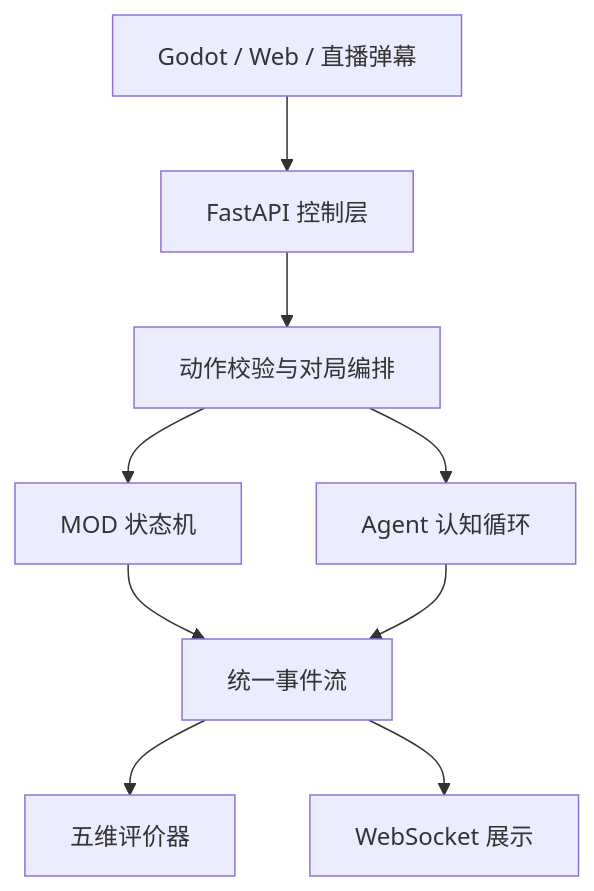
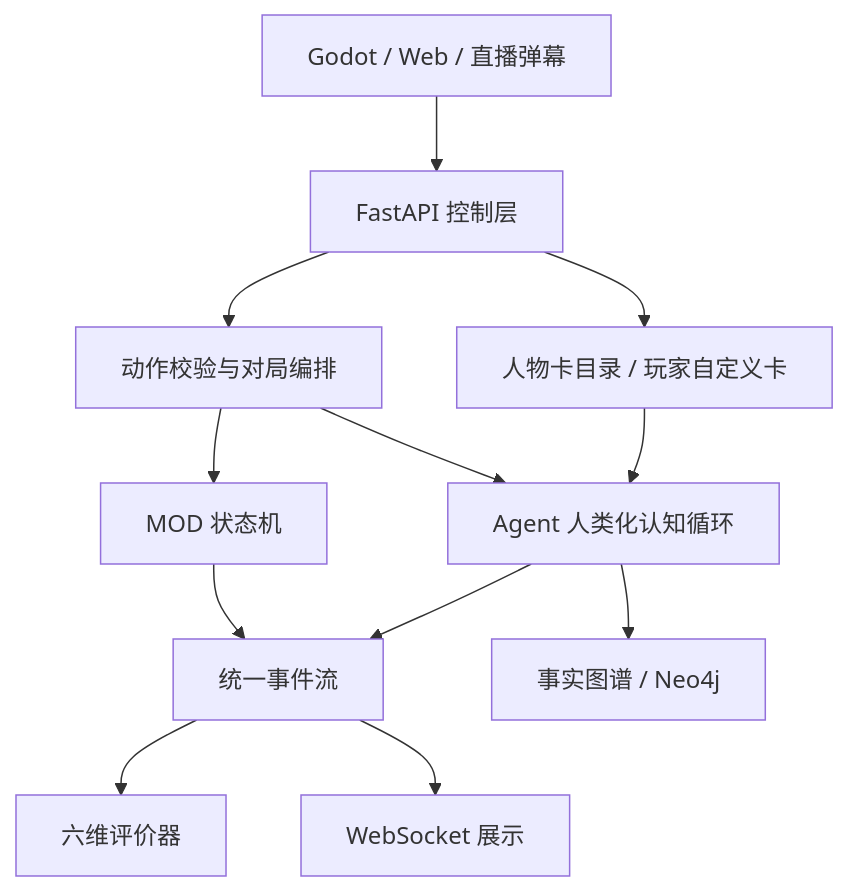
Before and after one commit to vrwanderers/human-vs-agent-engine: the diagram in docs/ARCHITECTURE.md, drawn with Mermaid. The commit also changed other lines of this file and 52 other files, not shown here.

````diff
--- a/docs/ARCHITECTURE.md
+++ b/docs/ARCHITECTURE.md
@@ -5,11 +5,14 @@
 ```mermaid
 flowchart TD
   A[Godot / Web / 直播弹幕] --> B[FastAPI 控制层]
   B --> C[动作校验与对局编排]
+  B --> J[人物卡目录 / 玩家自定义卡]
+  J --> E
   C --> D[MOD 状态机]
-  C --> E[Agent 认知循环]
+  C --> E[Agent 人类化认知循环]
   D --> F[统一事件流]
   E --> F
-  F --> G[五维评价器]
+  E --> I[事实图谱 / Neo4j]
+  F --> G[六维评价器]
   F --> H[WebSocket 展示]
 ```
````
